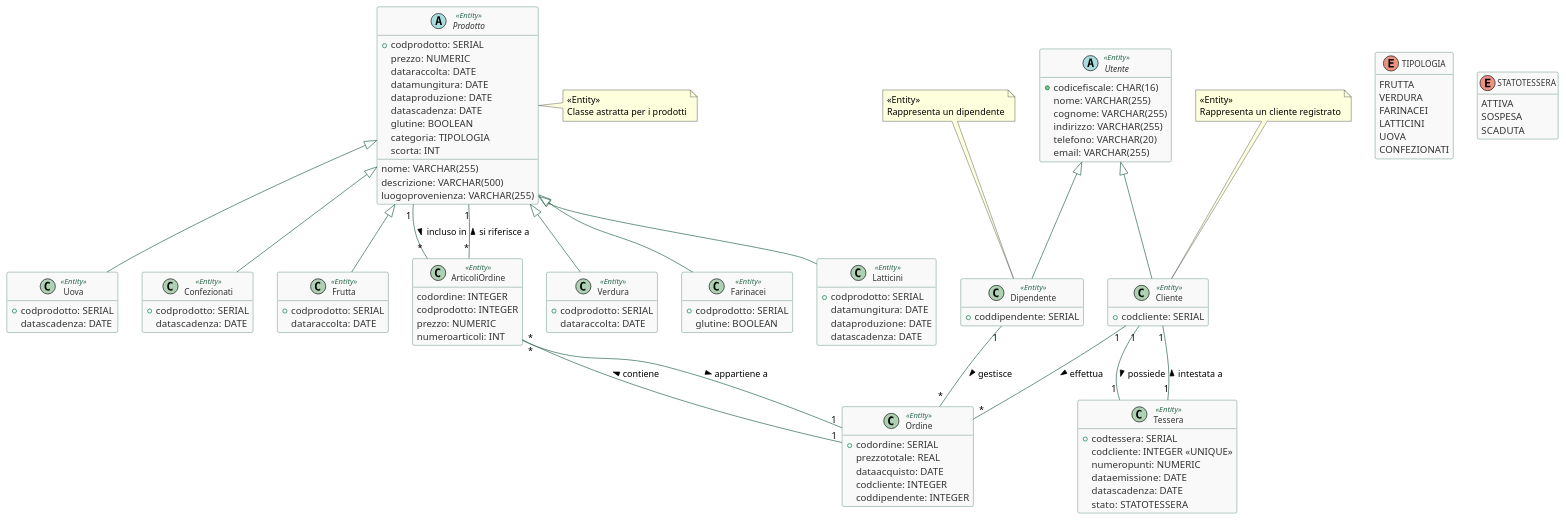
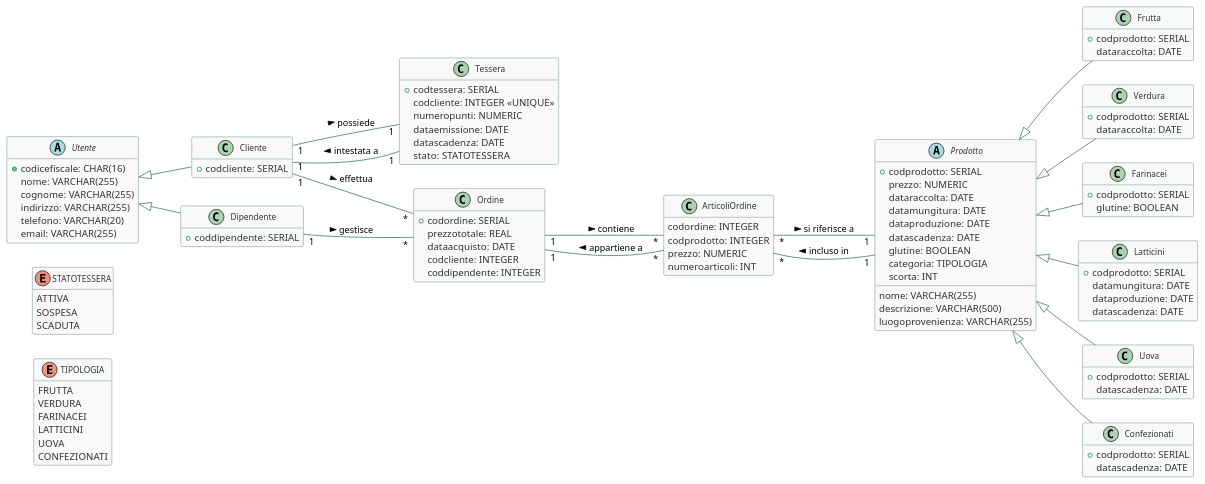
The diagram in Progetto-DB/Diagram/Diagram-NonRistrutturato.puml (GinoPT97/UniDevPortfolio), drawn with PlantUML before and after one commit. The commit also changed other lines of this file, not shown here.

Commit message:
refactor: rimuovi annotazioni <<Entity>> e semplifica la struttura del diagramma

```diff
--- a/Progetto-DB/Diagram/Diagram-NonRistrutturato.puml
+++ b/Progetto-DB/Diagram/Diagram-NonRistrutturato.puml
@@ -1,139 +1,128 @@
 @startuml DiagramNonRistrutturato
 skinparam class {
     BackgroundColor #F9F9F9
     ArrowColor #2D6A4F
     BorderColor #2D6A4F
     FontName "Segoe UI"
     FontSize 12
     AttributeFontColor #333333
     StereotypeFontColor #2D6A4F
     StereotypeFontSize 11
 }
 hide empty members
+
+' Layout ordinato con posizionamento esplicito
+left to right direction
 
 enum TIPOLOGIA {
   FRUTTA
   VERDURA
   FARINACEI
   LATTICINI
   UOVA
   CONFEZIONATI
 }
 enum STATOTESSERA {
   ATTIVA
   SOSPESA
   SCADUTA
 }
 
-abstract class Utente <<Entity>> {
+abstract class Utente {
   +codicefiscale: CHAR(16)
   nome: VARCHAR(255)
   cognome: VARCHAR(255)
   indirizzo: VARCHAR(255)
   telefono: VARCHAR(20)
   email: VARCHAR(255)
 }
-class Cliente <<Entity>> {
+class Cliente {
   +codcliente: SERIAL
 }
-class Dipendente <<Entity>> {
+class Dipendente {
   +coddipendente: SERIAL
 }
 Utente <|-- Cliente
 Utente <|-- Dipendente
 
-class Tessera <<Entity>> {
+class Tessera {
   +codtessera: SERIAL
   codcliente: INTEGER <<UNIQUE>>
   numeropunti: NUMERIC
   dataemissione: DATE
   datascadenza: DATE
   stato: STATOTESSERA
 }
 
-class Ordine <<Entity>> {
+class Ordine {
   +codordine: SERIAL
   prezzototale: REAL
   dataacquisto: DATE
   codcliente: INTEGER
   coddipendente: INTEGER
 }
-class ArticoliOrdine <<Entity>> {
+class ArticoliOrdine {
   codordine: INTEGER
   codprodotto: INTEGER
   prezzo: NUMERIC
   numeroarticoli: INT
 }
 
-abstract class Prodotto <<Entity>> {
+abstract class Prodotto {
   +codprodotto: SERIAL
   nome: VARCHAR(255)
   descrizione: VARCHAR(500)
   prezzo: NUMERIC
   luogoprovenienza: VARCHAR(255)
   dataraccolta: DATE
   datamungitura: DATE
   dataproduzione: DATE
   datascadenza: DATE
   glutine: BOOLEAN
   categoria: TIPOLOGIA
   scorta: INT
 }
-class Frutta <<Entity>> {
+class Frutta {
   +codprodotto: SERIAL
   dataraccolta: DATE
 }
-class Verdura <<Entity>> {
+class Verdura {
   +codprodotto: SERIAL
   dataraccolta: DATE
 }
-class Farinacei <<Entity>> {
+class Farinacei {
   +codprodotto: SERIAL
   glutine: BOOLEAN
 }
-class Latticini <<Entity>> {
+class Latticini {
   +codprodotto: SERIAL
   datamungitura: DATE
   dataproduzione: DATE
   datascadenza: DATE
 }
-class Uova <<Entity>> {
+class Uova {
   +codprodotto: SERIAL
   datascadenza: DATE
 }
-class Confezionati <<Entity>> {
+class Confezionati {
   +codprodotto: SERIAL
   datascadenza: DATE
 }
 Prodotto <|-- Frutta
 Prodotto <|-- Verdura
 Prodotto <|-- Farinacei
 Prodotto <|-- Latticini
 Prodotto <|-- Uova
 Prodotto <|-- Confezionati
 
 ' Relazioni tra le classi con etichette e ruoli
 Cliente "1" -- "1" Tessera : possiede >
 Cliente "1" -- "*" Ordine : effettua >
 Dipendente "1" -- "*" Ordine : gestisce >
 Ordine "1" -- "*" ArticoliOrdine : contiene >
 Prodotto "1" -- "*" ArticoliOrdine : incluso in >
 ArticoliOrdine "*" -- "1" Ordine : appartiene a >
 ArticoliOrdine "*" -- "1" Prodotto : si riferisce a >
 Tessera "1" -- "1" Cliente : intestata a >
 
-' Note stile Visual Paradigm
-note top of Cliente
-  <<Entity>>
-  Rappresenta un cliente registrato
-end note
-note top of Dipendente
-  <<Entity>>
-  Rappresenta un dipendente
-end note
-note right of Prodotto
-  <<Entity>>
-  Classe astratta per i prodotti
-end note
-
 @enduml
```
